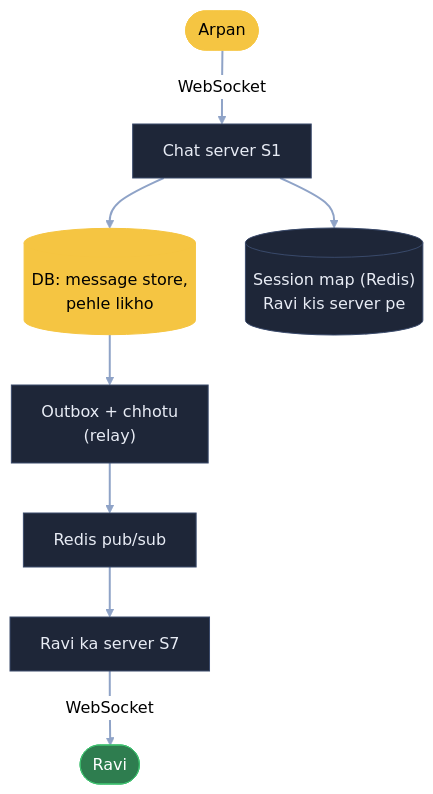
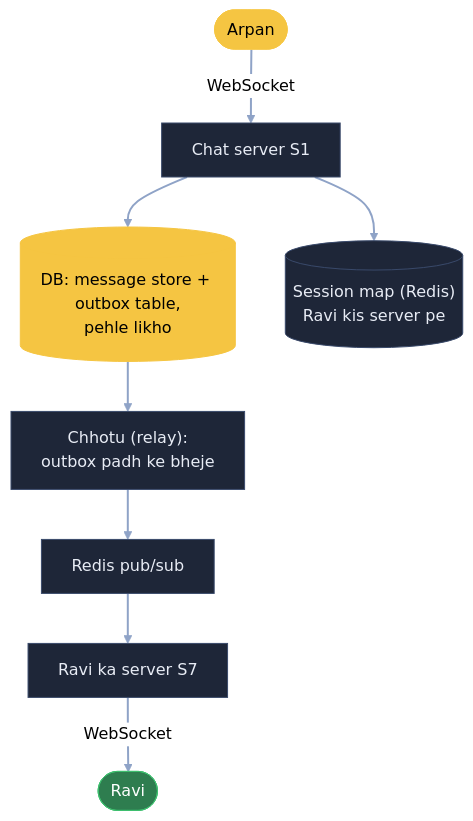
Diagram 14 of 14 in 04_HLD/SYSTEM_DESIGNS/14_chat_messaging/14_chat_messaging.md (ArpanMaheshwari144/Prep), drawn with Mermaid (neutral theme) before and after one commit. The commit also changed 11 other files, not shown here.

Commit message:
Outbox = DB ki table har diagram me (file upload, BMS, Kafka, news, banking, chat) + 6 uljhi Arpan lines saaf (banking, chat, e-com, netflix, uber)

````diff
--- a/04_HLD/SYSTEM_DESIGNS/14_chat_messaging/14_chat_messaging.md
+++ b/04_HLD/SYSTEM_DESIGNS/14_chat_messaging/14_chat_messaging.md
@@ -547,14 +547,14 @@
 ```mermaid
 flowchart TB
     A(["Arpan"]):::pill -- "WebSocket" --> S1["Chat server S1"]:::card
-    S1 --> DB[("DB: message store,<br/>pehle likho")]:::pill
-    DB --> OB["Outbox + chhotu<br/>(relay)"]:::card
+    S1 --> DB[("DB: message store + outbox table,<br/>pehle likho")]:::pill
+    DB --> OB["Chhotu (relay):<br/>outbox padh ke bheje"]:::card
     S1 --> SM[("Session map (Redis)<br/>Ravi kis server pe")]:::card
     OB --> PS["Redis pub/sub"]:::card --> S7["Ravi ka server S7"]:::card
     S7 -- "WebSocket" --> R(["Ravi"]):::good
     linkStyle default stroke:#8fa3c7,stroke-width:2px
     classDef card fill:#1e2638,stroke:#3a4a6b,color:#e8ecf5
     classDef pill fill:#f5c542,stroke:#f5c542,color:#000
     classDef good fill:#2e7d4f,stroke:#3fbf6f,color:#fff
     classDef bad fill:#5c1f24,stroke:#e05561,color:#fff
 ```
````
